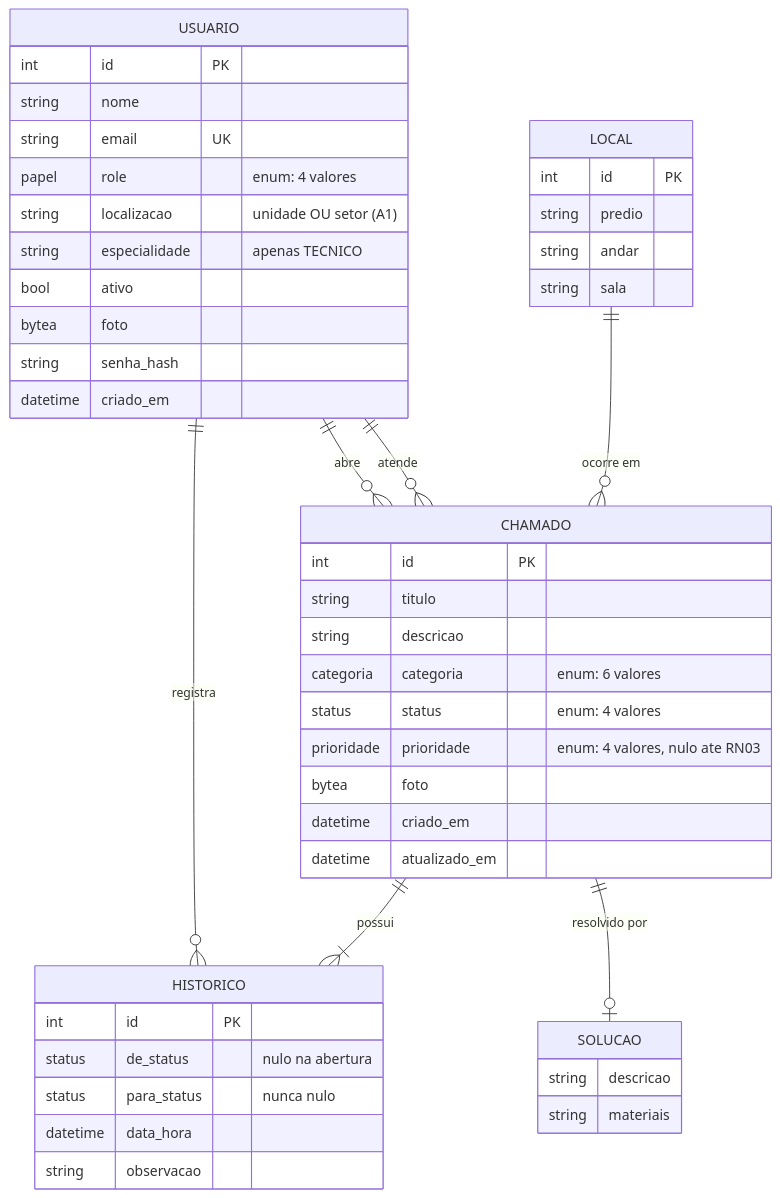
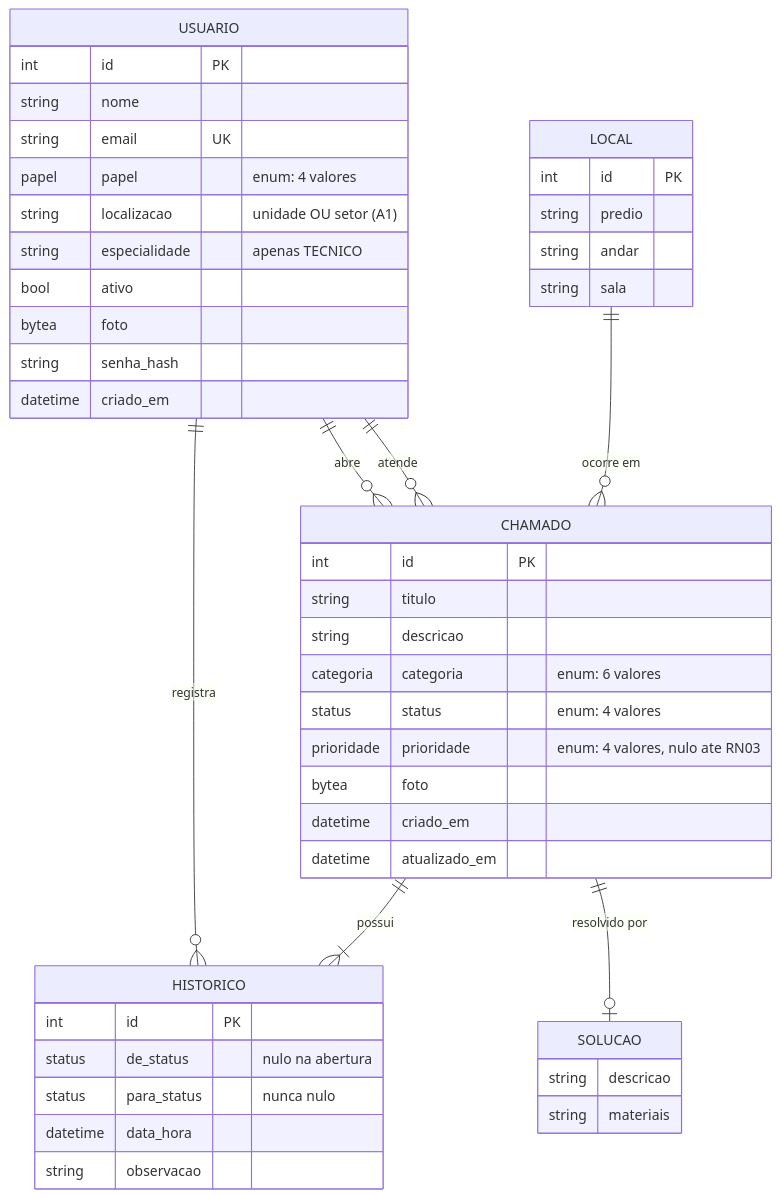
The diagram in docs/modelo-de-dados.md (isjustjefferson/Projeto-Desenvolvimento-Web), drawn with Mermaid before and after one commit. The commit also changed other lines of this file, not shown here.

Commit message:
fix(docs): corrige typo no minimundo e o tipo do atributo papel no MER

````diff
--- a/docs/modelo-de-dados.md
+++ b/docs/modelo-de-dados.md
@@ -71,54 +71,54 @@
 ```mermaid
 erDiagram
     USUARIO ||--o{ CHAMADO : "abre"
     USUARIO ||--o{ CHAMADO : "atende"
     USUARIO ||--o{ HISTORICO : "registra"
     LOCAL ||--o{ CHAMADO : "ocorre em"
     CHAMADO ||--|{ HISTORICO : "possui"
     CHAMADO ||--o| SOLUCAO : "resolvido por"
 
     USUARIO {
         int id PK
         string nome
         string email UK
-        papel role "enum: 4 valores"
+        papel papel "enum: 4 valores"
         string localizacao "unidade OU setor (A1)"
         string especialidade "apenas TECNICO"
         bool ativo
         bytea foto
         string senha_hash
         datetime criado_em
     }
 
     LOCAL {
         int id PK
         string predio
         string andar
         string sala
     }
 
     CHAMADO {
         int id PK
         string titulo
         string descricao
         categoria categoria "enum: 6 valores"
         status status "enum: 4 valores"
         prioridade prioridade "enum: 4 valores, nulo ate RN03"
         bytea foto
         datetime criado_em
         datetime atualizado_em
     }
 
     HISTORICO {
         int id PK
         status de_status "nulo na abertura"
         status para_status "nunca nulo"
         datetime data_hora
         string observacao
     }
 
     SOLUCAO {
         string descricao
         string materiais
     }
 ```
````
